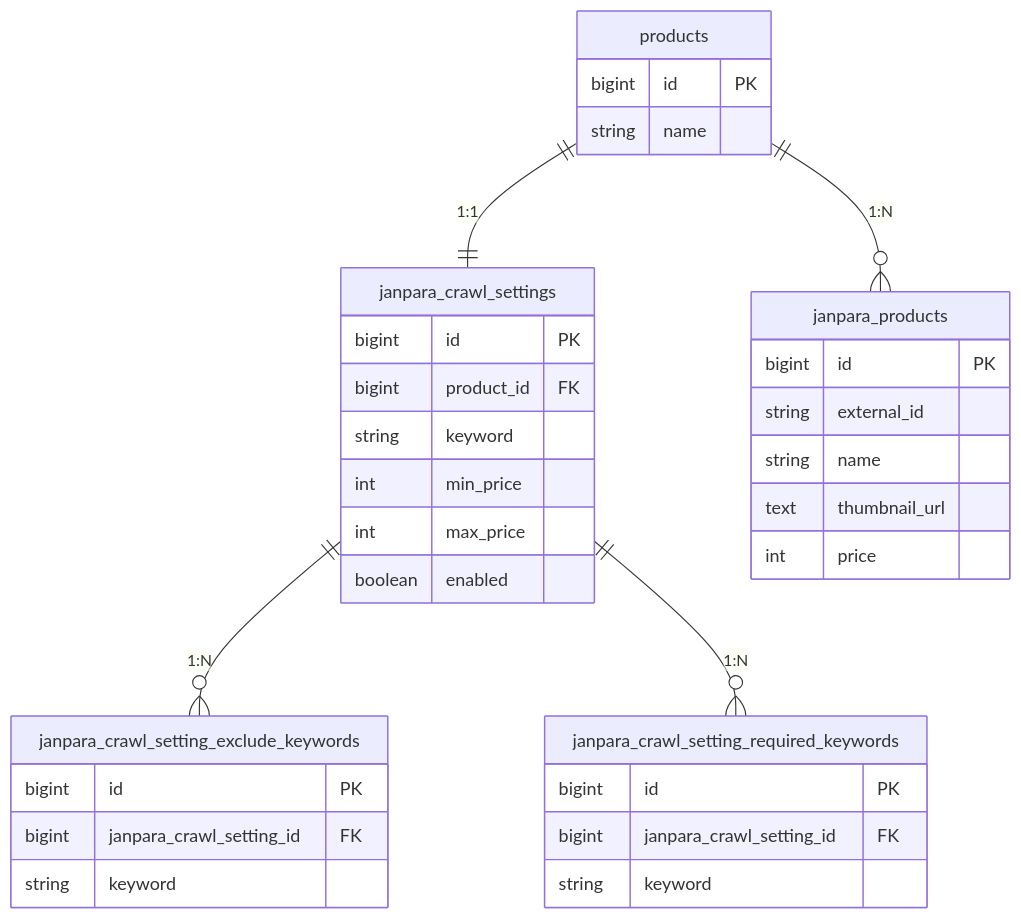
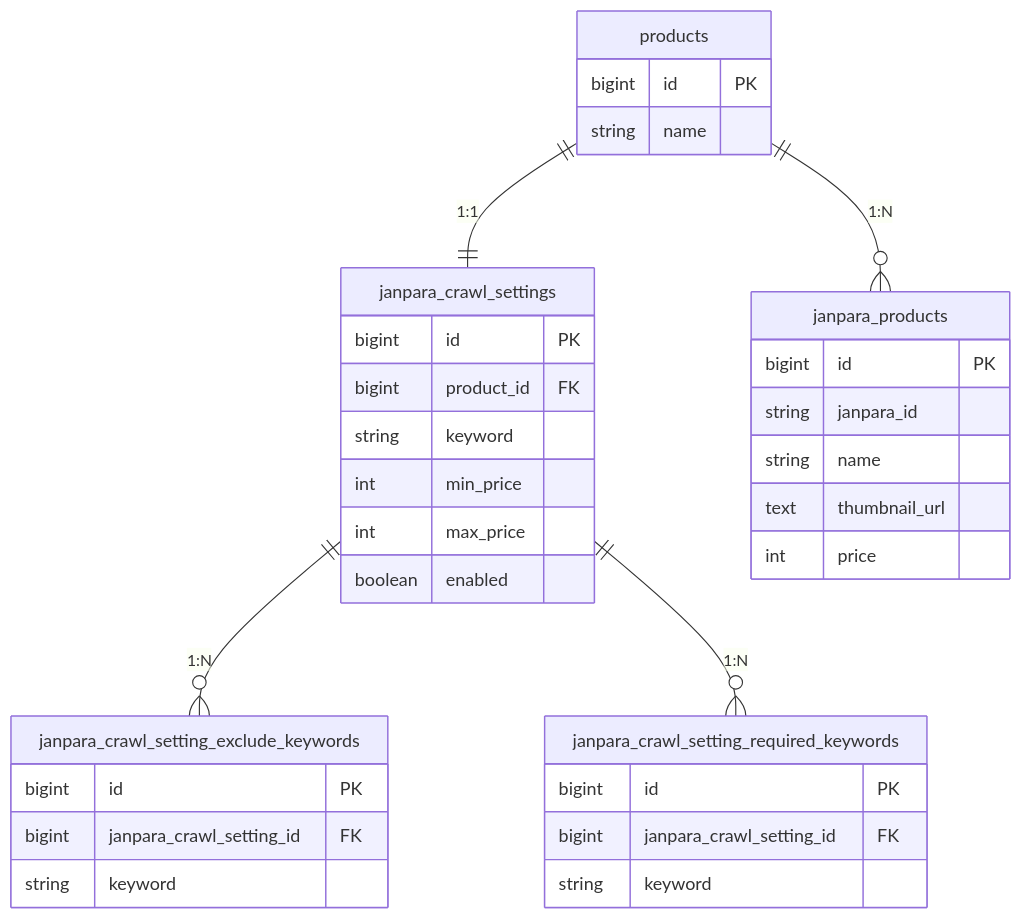
The fourth of 6 diagrams in README.md (kuroweb/price-monitoring), drawn with Mermaid before and after one commit. The commit also changed other lines of this file, not shown here.

````diff
--- a/README.md
+++ b/README.md
@@ -203,37 +203,37 @@
 ```mermaid
 erDiagram
   products {
     bigint id PK
     string name
   }
   janpara_crawl_settings {
     bigint id PK
     bigint product_id FK
     string keyword
     int min_price
     int max_price
     boolean enabled
   }
   janpara_crawl_setting_exclude_keywords {
     bigint id PK
     bigint janpara_crawl_setting_id FK
     string keyword
   }
   janpara_crawl_setting_required_keywords {
     bigint id PK
     bigint janpara_crawl_setting_id FK
     string keyword
   }
   janpara_products {
     bigint id PK
-    string external_id
+    string janpara_id
     string name
     text thumbnail_url
     int price
   }
 
   products ||--|| janpara_crawl_settings : "1:1"
   janpara_crawl_settings ||--o{ janpara_crawl_setting_exclude_keywords : "1:N"
   janpara_crawl_settings ||--o{ janpara_crawl_setting_required_keywords : "1:N"
   products ||--o{ janpara_products : "1:N"
 ```
````
